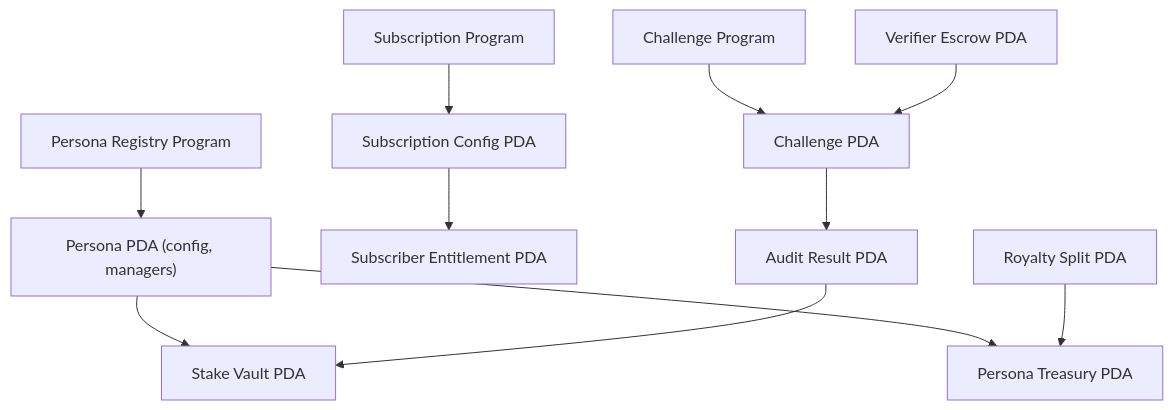
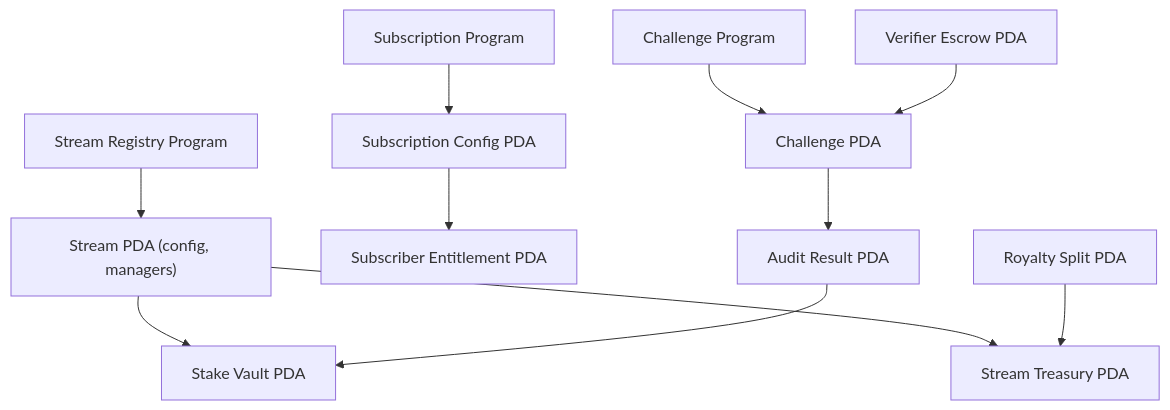
The second of 2 diagrams in documents/Technical_High_Level_Architecture.md (heemankv/sigints.club), drawn with Mermaid before and after one commit. The commit also changed other lines of this file and 137 other files, not shown here.

Commit message:
Update Tapestry-first flow and docs

````diff
--- a/documents/Technical_High_Level_Architecture.md
+++ b/documents/Technical_High_Level_Architecture.md
@@ -124,13 +127,13 @@
 ```mermaid
 flowchart TB
-  A["Persona Registry Program"] --> B["Persona PDA (config, managers)"]
+  A["Stream Registry Program"] --> B["Stream PDA (config, managers)"]
   B --> C["Stake Vault PDA"]
-  B --> D["Persona Treasury PDA"]
+  B --> D["Stream Treasury PDA"]
   E["Subscription Program"] --> F["Subscription Config PDA"]
   F --> G["Subscriber Entitlement PDA"]
   H["Royalty Split PDA"] --> D
   I["Challenge Program"] --> J["Challenge PDA"]
   J --> K["Audit Result PDA"]
   K --> C
   L["Verifier Escrow PDA"] --> J
 ```
````
